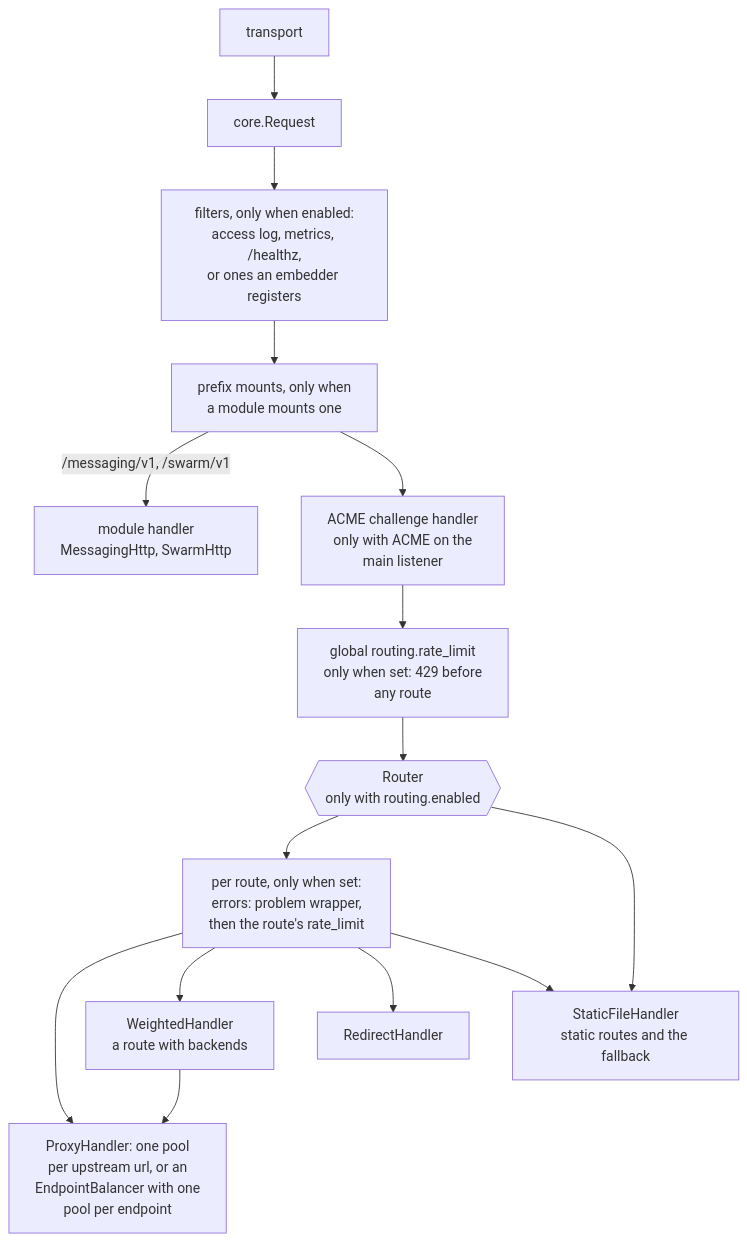
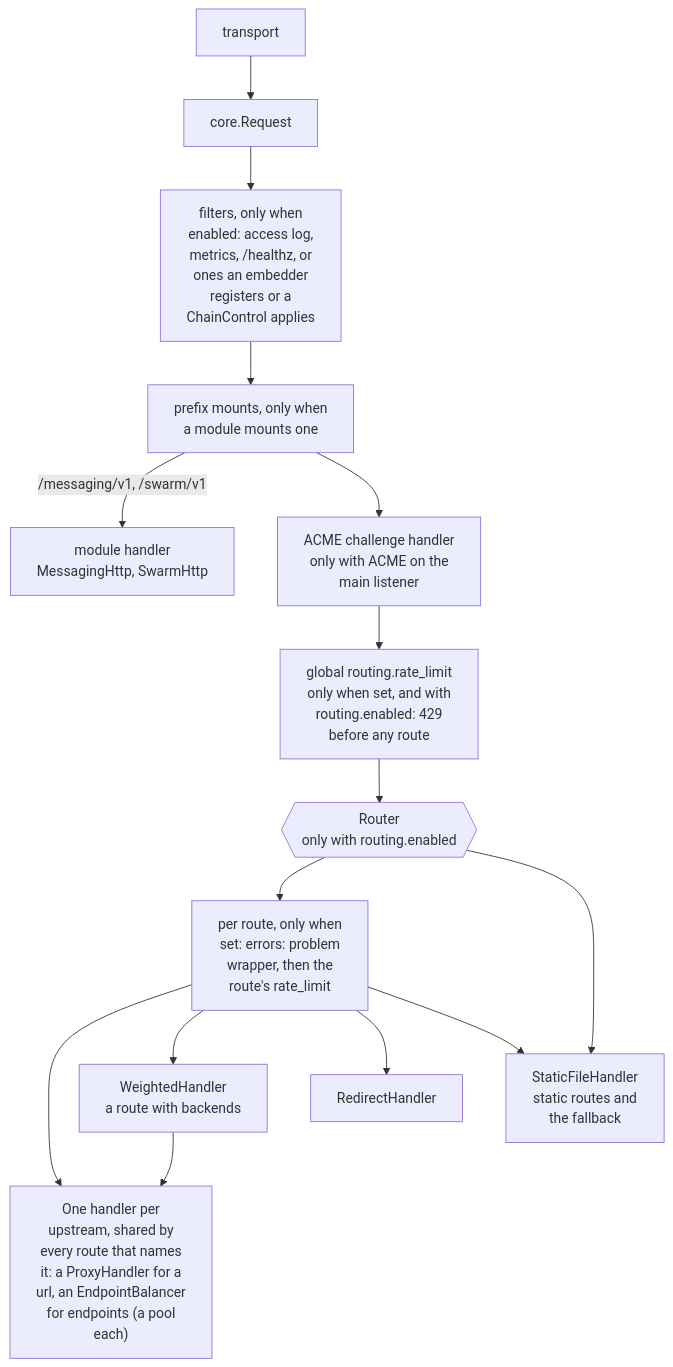
One commit to BlivionIaG/sjws_nettask changed the first of 6 diagrams in docs/design/proxy-routing.md. Above: the diagram before and after it, drawn with Mermaid. The commit also changed other lines of this file and 19 other files, not shown here.

First line of the commit message:
docs: fix the diagrams the fact-check found imprecise

````diff
--- a/docs/design/proxy-routing.md
+++ b/docs/design/proxy-routing.md
@@ -24,17 +24,17 @@
 ```mermaid
 flowchart TB
     t["transport"] --> rq["core.Request"]
-    rq --> fl["filters, only when enabled:<br/>access log, metrics, /healthz,<br/>or ones an embedder registers"]
+    rq --> fl["filters, only when<br/>enabled: access log,<br/>metrics, /healthz, or<br/>ones an embedder<br/>registers or a<br/>ChainControl applies"]
     fl --> pm["prefix mounts, only when<br/>a module mounts one"]
     pm -->|"/messaging/v1, /swarm/v1"| mod["module handler<br/>MessagingHttp, SwarmHttp"]
     pm --> ac["ACME challenge handler<br/>only with ACME on the<br/>main listener"]
-    ac --> gl["global routing.rate_limit<br/>only when set: 429 before<br/>any route"]
+    ac --> gl["global routing.rate_limit<br/>only when set, and with<br/>routing.enabled: 429<br/>before any route"]
     gl --> r{{"Router<br/>only with routing.enabled"}}
-    r --> rw["per route, only when set:<br/>errors: problem wrapper,<br/>then the route's rate_limit"]
-    rw --> p["ProxyHandler: one pool<br/>per upstream url, or an<br/>EndpointBalancer with one<br/>pool per endpoint"]
+    r --> rw["per route, only when<br/>set: errors: problem<br/>wrapper, then the<br/>route's rate_limit"]
+    rw --> p["One handler per<br/>upstream, shared by<br/>every route that names<br/>it: a ProxyHandler for a<br/>url, an EndpointBalancer<br/>for endpoints (a pool<br/>each)"]
     rw --> w["WeightedHandler<br/>a route with backends"]
     w --> p
     rw --> rd["RedirectHandler"]
-    rw --> sf["StaticFileHandler<br/>static routes and the fallback"]
+    rw --> sf["StaticFileHandler<br/>static routes and<br/>the fallback"]
     r --> sf
 ```
````
